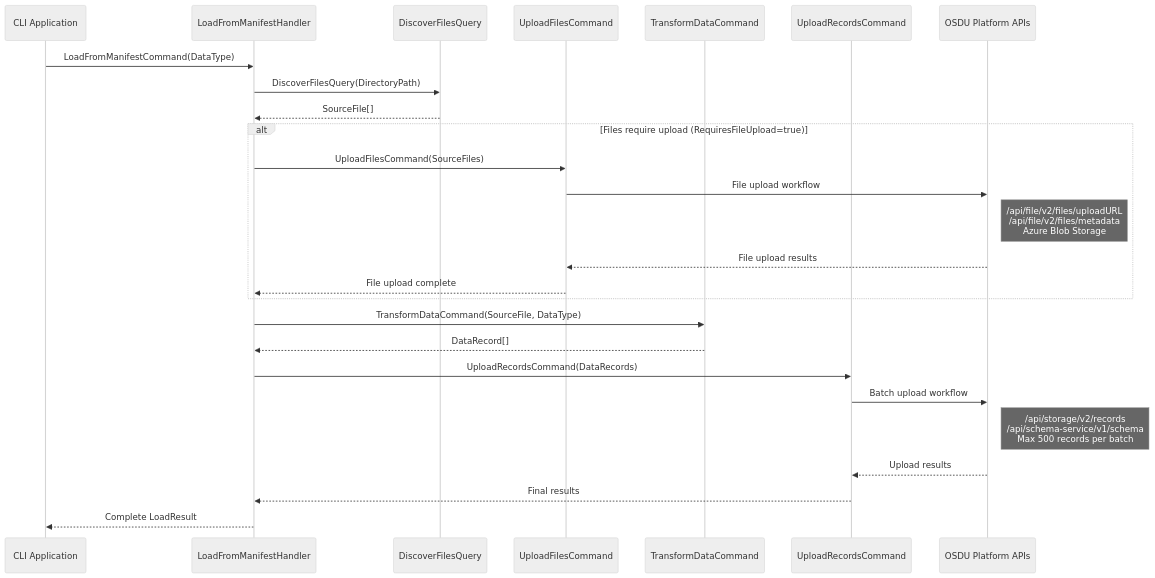
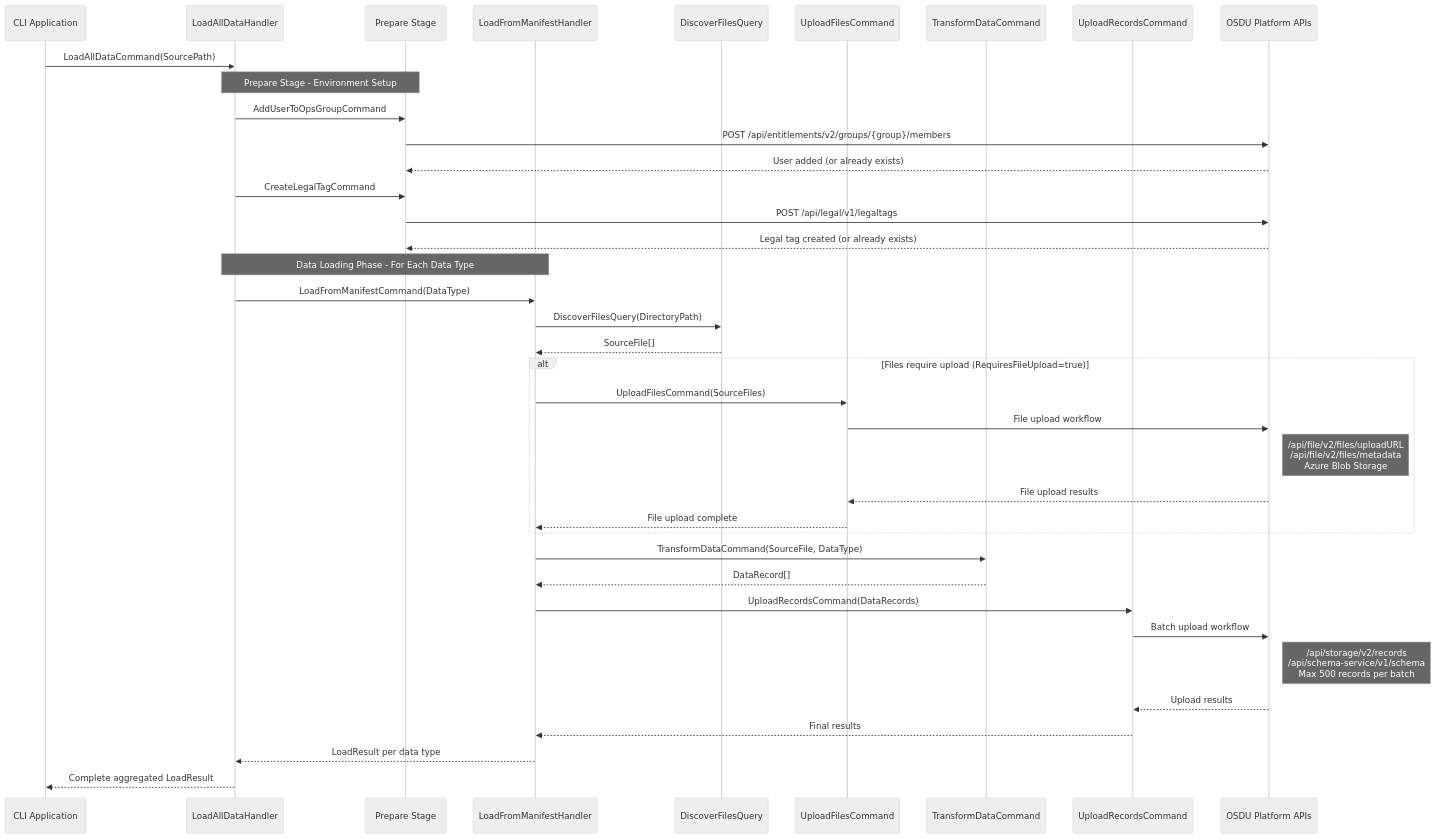
One commit to Azure/osdu-data-load-tno changed the second of 6 diagrams in docs/DATA_LOAD_PROCESS.md. Above: the diagram before and after it, drawn with Mermaid (neutral theme). The commit also changed other lines of this file, not shown here.

Commit message:
update diagrams

````diff
--- a/docs/DATA_LOAD_PROCESS.md
+++ b/docs/DATA_LOAD_PROCESS.md
@@ -66,32 +79,46 @@
 ```mermaid
 sequenceDiagram
     participant CLI as CLI Application
+    participant LoadAll as LoadAllDataHandler
+    participant Prepare as Prepare Stage
     participant Load as LoadFromManifestHandler
     participant Discover as DiscoverFilesQuery
     participant Upload as UploadFilesCommand
     participant Transform as TransformDataCommand
     participant Records as UploadRecordsCommand
     participant OSDU as OSDU Platform APIs
 
-    CLI->>Load: LoadFromManifestCommand(DataType)
+    CLI->>LoadAll: LoadAllDataCommand(SourcePath)
+    
+    Note over LoadAll,Prepare: Prepare Stage - Environment Setup
+    LoadAll->>Prepare: AddUserToOpsGroupCommand
+    Prepare->>OSDU: POST /api/entitlements/v2/groups/{group}/members
+    OSDU-->>Prepare: User added (or already exists)
+    LoadAll->>Prepare: CreateLegalTagCommand
+    Prepare->>OSDU: POST /api/legal/v1/legaltags
+    OSDU-->>Prepare: Legal tag created (or already exists)
+    
+    Note over LoadAll,Load: Data Loading Phase - For Each Data Type
+    LoadAll->>Load: LoadFromManifestCommand(DataType)
     Load->>Discover: DiscoverFilesQuery(DirectoryPath)
     Discover-->>Load: SourceFile[]
     
     alt Files require upload (RequiresFileUpload=true)
         Load->>Upload: UploadFilesCommand(SourceFiles)
         Upload->>OSDU: File upload workflow
         Note right of OSDU: /api/file/v2/files/uploadURL<br/>/api/file/v2/files/metadata<br/>Azure Blob Storage
         OSDU-->>Upload: File upload results
         Upload-->>Load: File upload complete
     end
     
     Load->>Transform: TransformDataCommand(SourceFile, DataType)
     Transform-->>Load: DataRecord[]
     
     Load->>Records: UploadRecordsCommand(DataRecords)
     Records->>OSDU: Batch upload workflow
     Note right of OSDU: /api/storage/v2/records<br/>/api/schema-service/v1/schema<br/>Max 500 records per batch
     OSDU-->>Records: Upload results
     Records-->>Load: Final results
-    Load-->>CLI: Complete LoadResult
+    Load-->>LoadAll: LoadResult per data type
+    LoadAll-->>CLI: Complete aggregated LoadResult
 ```
````
